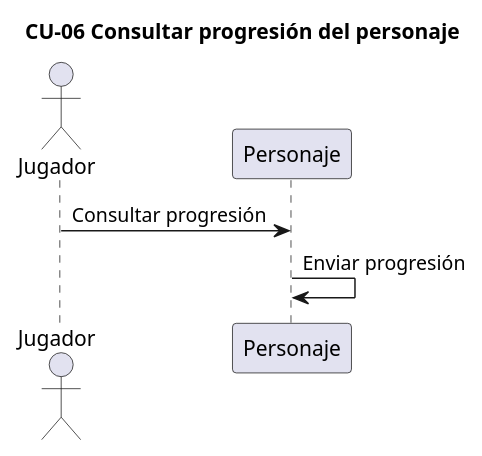
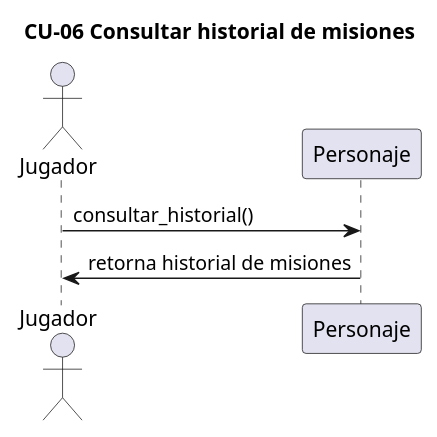
The diagram in salida/diagramas/04_secuencia_CU-06.puml (stephannynayleth01-coder/analisis-final-g4), drawn with PlantUML before and after one commit. The commit also changed 18 other files, not shown here.

```diff
--- a/salida/diagramas/04_secuencia_CU-06.puml
+++ b/salida/diagramas/04_secuencia_CU-06.puml
@@ -1,9 +1,9 @@
 @startuml
 ' Generado por spec2code. Es una PROPUESTA del pipeline: audítala contra la spec.
-title CU-06 Consultar progresión del personaje
+title CU-06 Consultar historial de misiones
 actor "Jugador" as P1
 participant "Personaje" as P2
 
-P1 -> P2 : Consultar progresión
-P2 -> P2 : Enviar progresión
+P1 -> P2 : consultar_historial()
+P2 -> P1 : retorna historial de misiones
 @enduml
```
